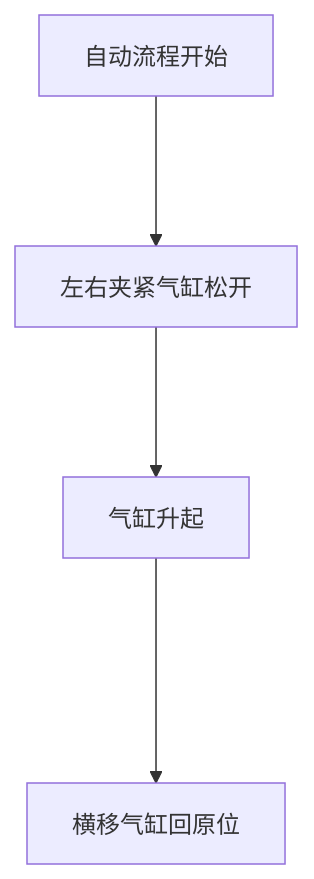
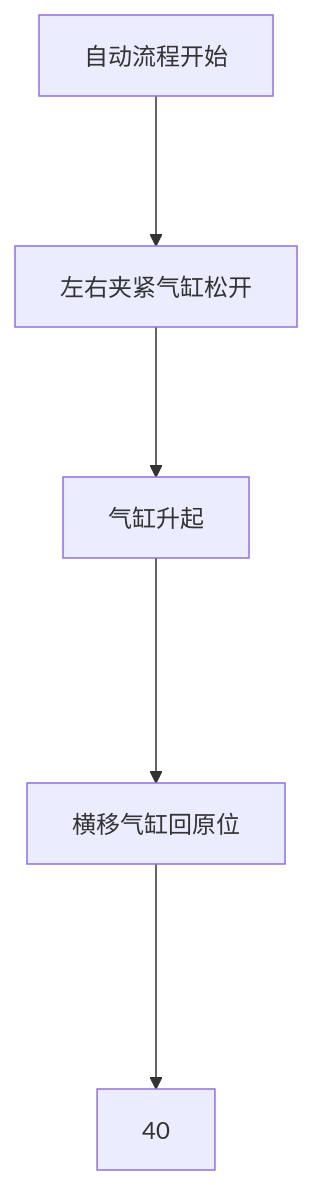
Before and after one commit to zmq000/iodraw-files: the diagram in all/OP70工位6搬运校正.md, drawn with Mermaid.

Commit message:
2026-06-17 17:48:46 update

````diff
--- a/all/OP70工位6搬运校正.md
+++ b/all/OP70工位6搬运校正.md
@@ -1,7 +1,8 @@
 ```mermaid
 graph TD
 自动流程开始--->10
 10[左右夹紧气缸松开]--->20
 20[气缸升起]---->30
-30[横移气缸回原位]
+30[横移气缸回原位]---->40
+
 ```
````
